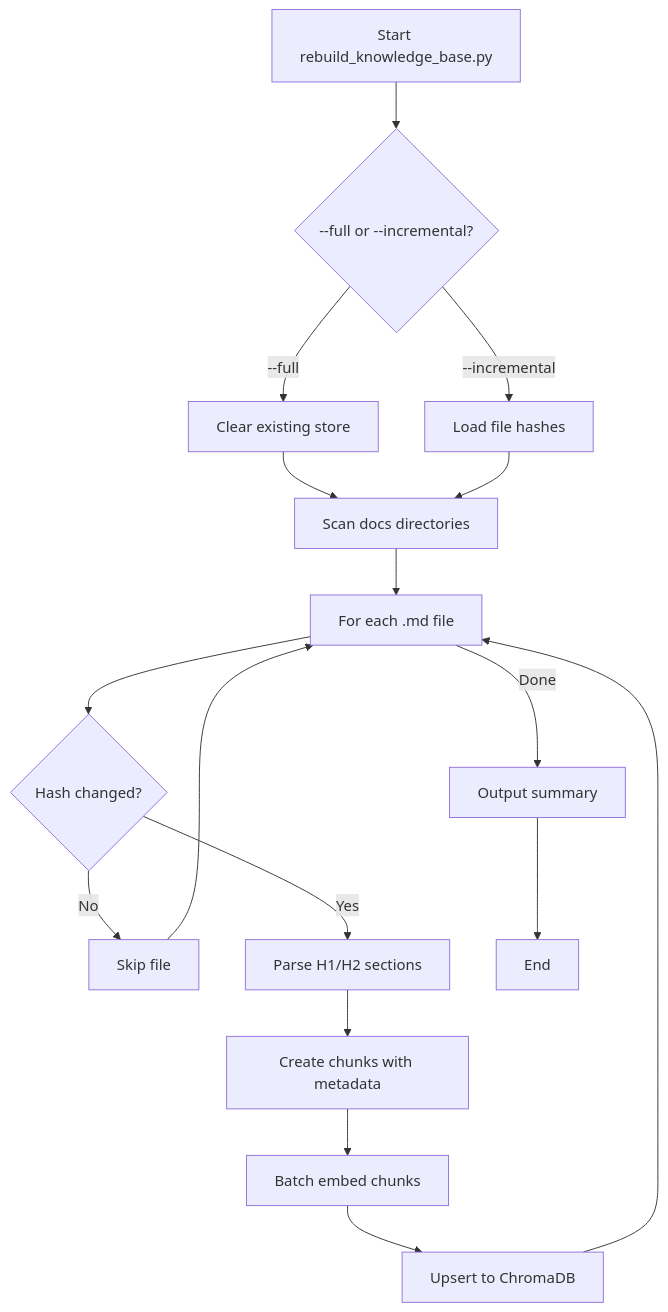
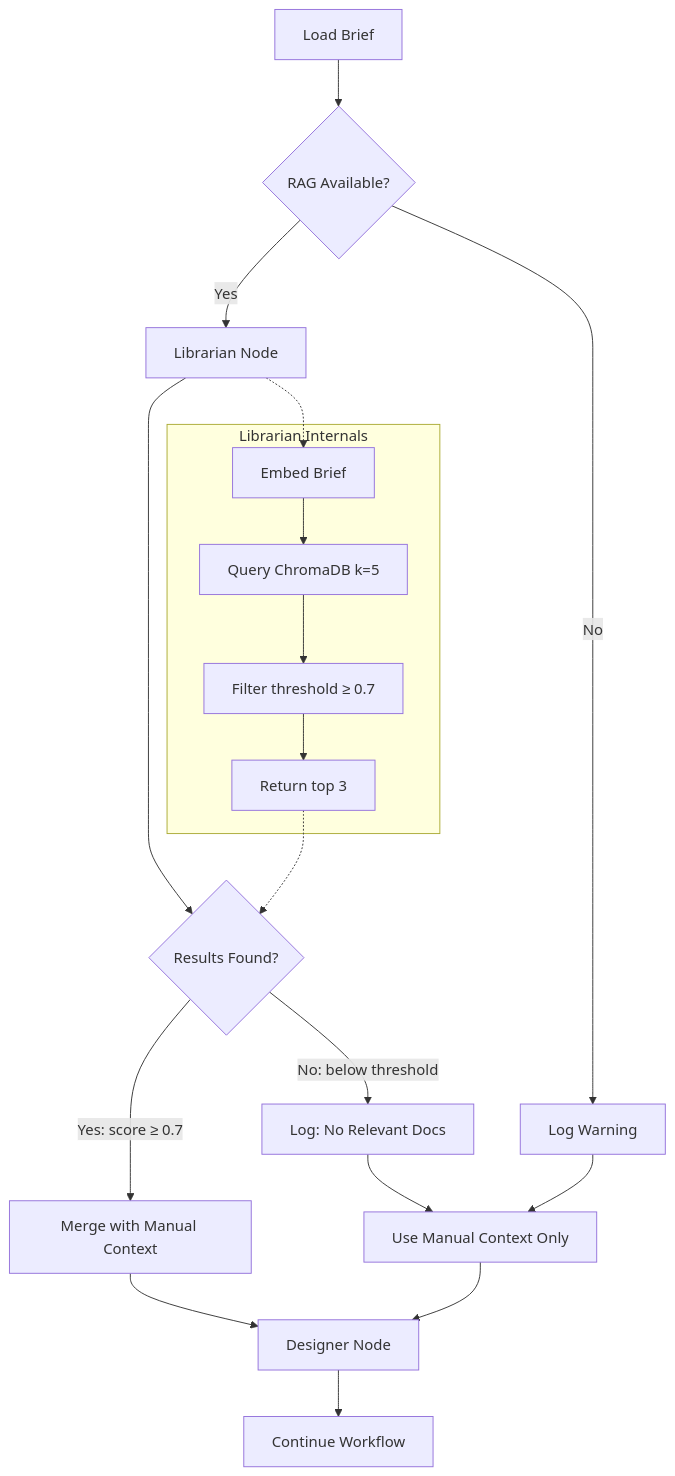
Before and after one commit to martymcenroe/AssemblyZero: the first of 2 diagrams in docs/lineage/done/88-lld-n1/002-draft.md, drawn with Mermaid. The commit also changed other lines of this file and 4 other files, not shown here.

````diff
--- a/docs/lineage/done/88-lld-n1/002-draft.md
+++ b/docs/lineage/done/88-lld-n1/002-draft.md
@@ -430,19 +610,23 @@
 ```mermaid
-flowchart TD
-    A[Start rebuild_knowledge_base.py] --> B{--full or --incremental?}
-    B -->|--full| C[Clear existing store]
-    B -->|--incremental| D[Load file hashes]
-    C --> E[Scan docs directories]
-    D --> E
-    E --> F[For each .md file]
-    F --> G{Hash changed?}
-    G -->|No| H[Skip file]
-    G -->|Yes| I[Parse H1/H2 sections]
-    H --> F
-    I --> J[Create chunks with metadata]
-    J --> K[Batch embed chunks]
-    K --> L[Upsert to ChromaDB]
-    L --> F
-    F -->|Done| M[Output summary]
-    M --> N[End]
+graph TD
+    A[Load Brief] --> B{RAG Available?}
+    B -->|Yes| C[Librarian Node]
+    B -->|No| D[Log Warning]
+    C --> E{Results Found?}
+    E -->|Yes: score ≥ 0.7| F[Merge with Manual Context]
+    E -->|No: below threshold| G[Log: No Relevant Docs]
+    D --> H[Use Manual Context Only]
+    G --> H
+    F --> I[Designer Node]
+    H --> I
+    I --> J[Continue Workflow]
+
+    subgraph "Librarian Internals"
+        C1[Embed Brief] --> C2[Query ChromaDB k=5]
+        C2 --> C3[Filter threshold ≥ 0.7]
+        C3 --> C4[Return top 3]
+    end
+
+    C -.-> C1
+    C4 -.-> E
 ```
````
